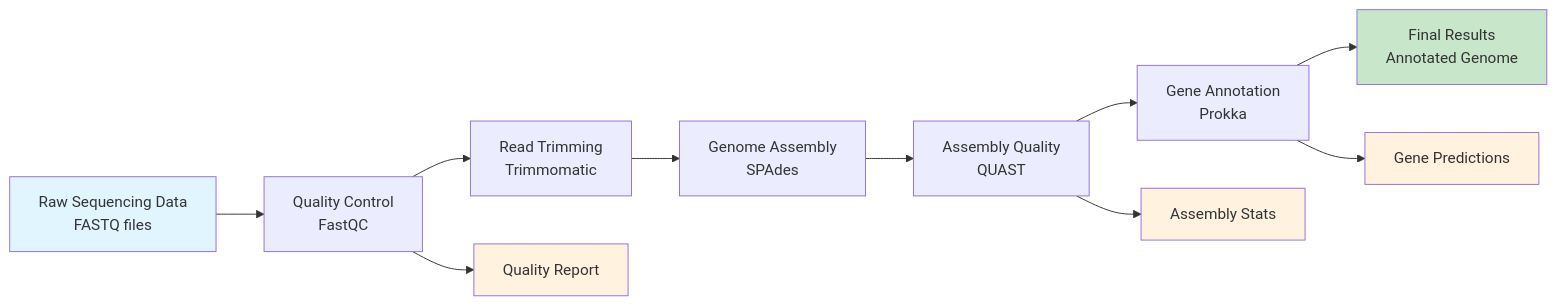
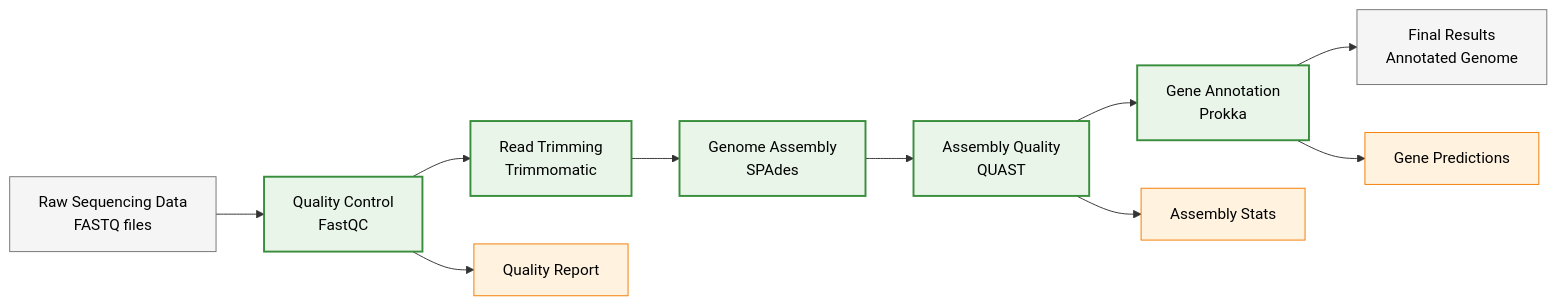
Before and after one commit to mamanambiya/microbial-genomics-training: the eighth of 8 diagrams in docs_src/modules/day6/index.md, drawn with Mermaid. The commit also changed other lines of this file, not shown here.

````diff
--- a/docs_src/modules/day6/index.md
+++ b/docs_src/modules/day6/index.md
@@ -1624,19 +1679,29 @@
 ```mermaid
 flowchart LR
     A[Raw Sequencing Data<br/>FASTQ files] --> B[Quality Control<br/>FastQC]
     B --> C[Read Trimming<br/>Trimmomatic]
     C --> D[Genome Assembly<br/>SPAdes]
     D --> E[Assembly Quality<br/>QUAST]
     E --> F[Gene Annotation<br/>Prokka]
     F --> G[Final Results<br/>Annotated Genome]
 
     B --> H[Quality Report]
     E --> I[Assembly Stats]
     F --> J[Gene Predictions]
 
-    style A fill:#e1f5fe
-    style G fill:#c8e6c9
-    style H fill:#fff3e0
-    style I fill:#fff3e0
-    style J fill:#fff3e0
+    %% Input/Output data - Gray
+    style A fill:#f5f5f5,stroke:#757575,stroke-width:1px,color:#000
+    style G fill:#f5f5f5,stroke:#757575,stroke-width:1px,color:#000
+
+    %% Processes (bioinformatics tools) - Green
+    style B fill:#e8f5e8,stroke:#388e3c,stroke-width:2px,color:#000
+    style C fill:#e8f5e8,stroke:#388e3c,stroke-width:2px,color:#000
+    style D fill:#e8f5e8,stroke:#388e3c,stroke-width:2px,color:#000
+    style E fill:#e8f5e8,stroke:#388e3c,stroke-width:2px,color:#000
+    style F fill:#e8f5e8,stroke:#388e3c,stroke-width:2px,color:#000
+
+    %% Reports/Outputs - Light orange
+    style H fill:#fff3e0,stroke:#f57c00,stroke-width:1px,color:#000
+    style I fill:#fff3e0,stroke:#f57c00,stroke-width:1px,color:#000
+    style J fill:#fff3e0,stroke:#f57c00,stroke-width:1px,color:#000
 ```
````
